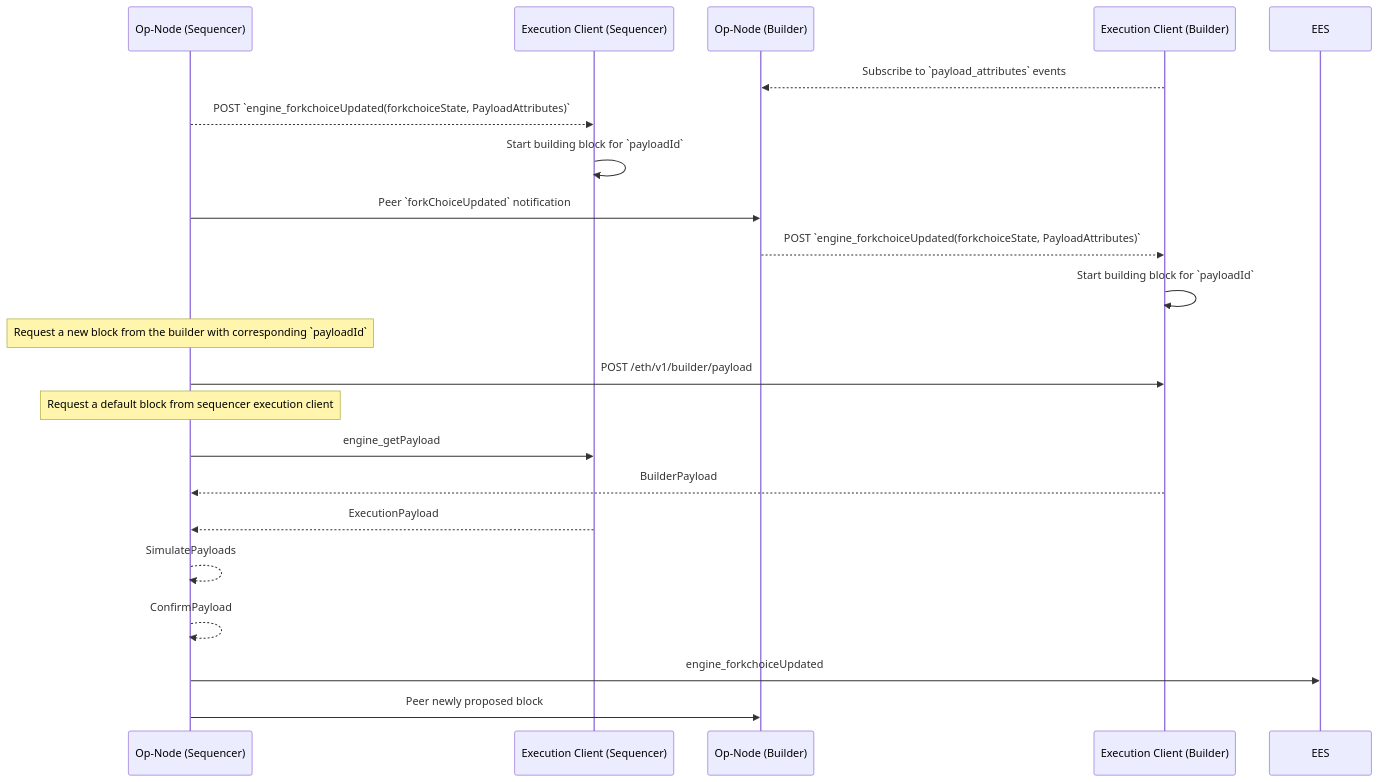
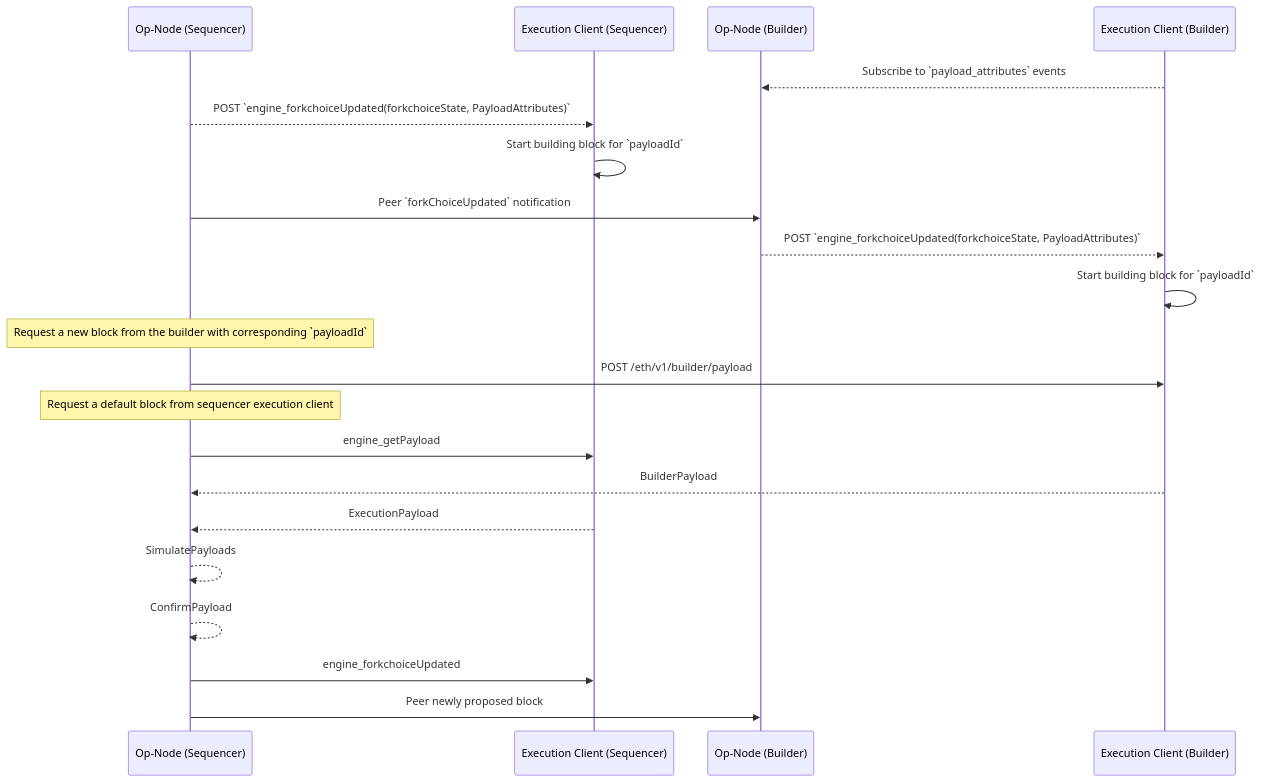
One commit to yash02896/world-chain changed the diagram in world-chain-builder/README.md. Above: the diagram before and after it, drawn with Mermaid.

Commit message:
fix seq diagram

````diff
--- a/world-chain-builder/README.md
+++ b/world-chain-builder/README.md
@@ -15,32 +15,32 @@
 ```mermaid
 sequenceDiagram
     participant OPS as Op-Node (Sequencer)
     participant ELS as Execution Client (Sequencer)
     participant OPB as Op-Node (Builder)
     participant ELB as Execution Client (Builder)
 
     %% Do we need this? Can the payload attributes just be sent with the fcu?
     ELB-->>OPB: Subscribe to `payload_attributes` events
 
     OPS-->>ELS: POST `engine_forkchoiceUpdated(forkchoiceState, PayloadAttributes)`
     ELS->>ELS: Start building block for `payloadId`
 
     OPS->>OPB: Peer `forkChoiceUpdated` notification
     OPB-->>ELB: POST `engine_forkchoiceUpdated(forkchoiceState, PayloadAttributes)`
     ELB->>ELB: Start building block for `payloadId`
     
     Note over OPS: Request a new block from the builder with corresponding `payloadId`
     OPS->> ELB: POST /eth/v1/builder/payload
     Note over OPS: Request a default block from sequencer execution client
     OPS->> ELS: engine_getPayload
 
     ELB-->>OPS: BuilderPayload
     ELS-->>OPS: ExecutionPayload
 
     OPS-->>OPS: SimulatePayloads
     OPS-->>OPS: ConfirmPayload
-    OPS ->> EES: engine_forkchoiceUpdated
+    OPS ->> ELS: engine_forkchoiceUpdated
 
     %% Block propagation to peers
     OPS->>OPB: Peer newly proposed block
 ```
````
